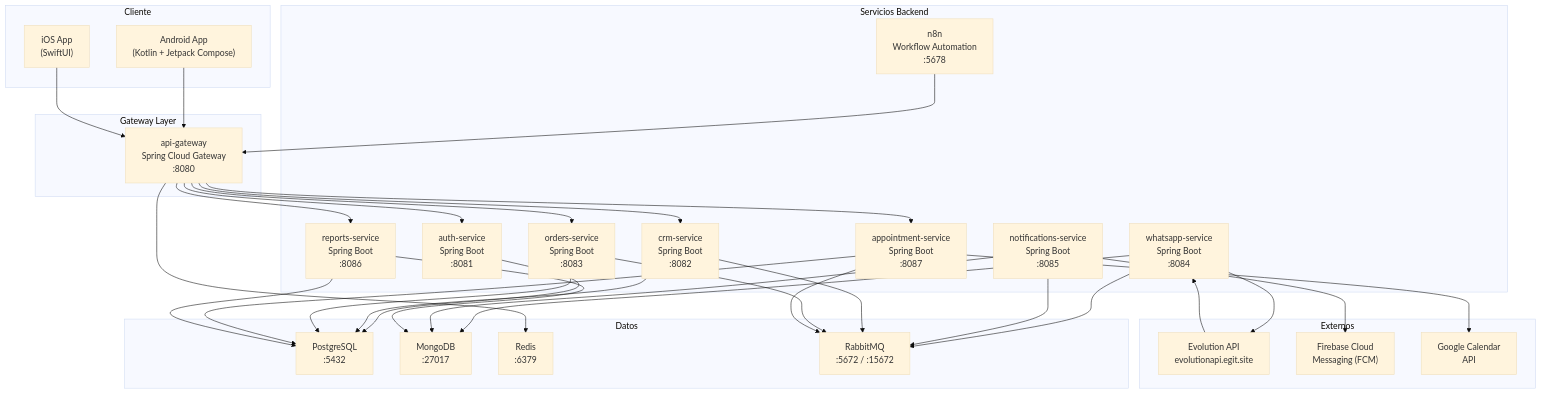
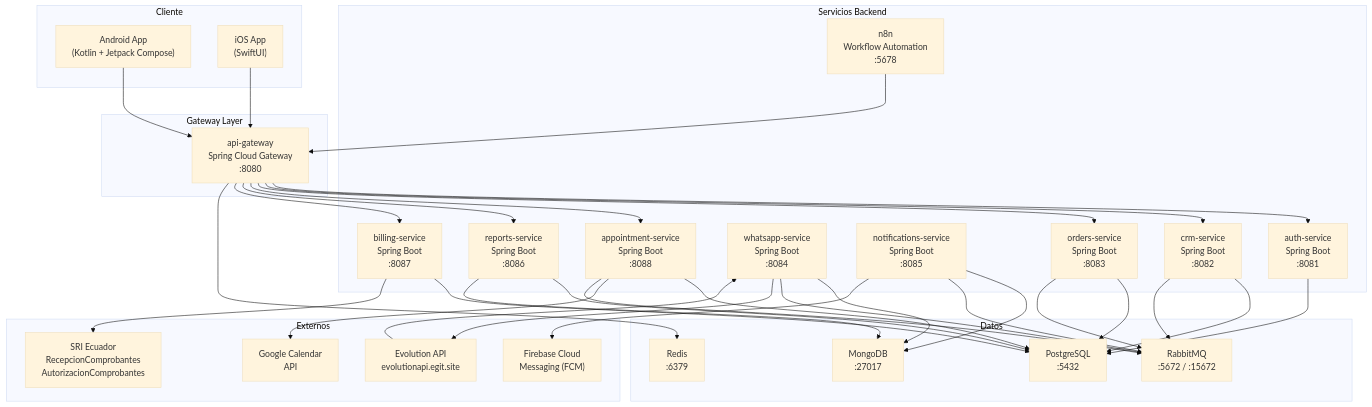
The second of 4 diagrams in Arquitectura/adr-002-arquitectura.md (egitiaec/autoflow-docs), drawn with Mermaid (base theme) before and after one commit. The commit also changed other lines of this file, not shown here.

Commit message:
feat: ADR-002 v2.3 — billing-service :8087, facturación SRI, N8N webhook, Epic 9+10

````diff
--- a/Arquitectura/adr-002-arquitectura.md
+++ b/Arquitectura/adr-002-arquitectura.md
@@ -648,62 +789,67 @@
 ```mermaid
 graph TB
     subgraph "Cliente"
         A_APP["Android App<br/>(Kotlin + Jetpack Compose)"]
         I_APP["iOS App<br/>(SwiftUI)"]
     end
 
     subgraph "Gateway Layer"
         GW["api-gateway<br/>Spring Cloud Gateway<br/>:8080"]
     end
 
     subgraph "Servicios Backend"
         AUTH_S["auth-service<br/>Spring Boot<br/>:8081"]
         CRM_S["crm-service<br/>Spring Boot<br/>:8082"]
         ORD_S["orders-service<br/>Spring Boot<br/>:8083"]
         WA_S["whatsapp-service<br/>Spring Boot<br/>:8084"]
         NOT_S["notifications-service<br/>Spring Boot<br/>:8085"]
         RPT_S["reports-service<br/>Spring Boot<br/>:8086"]
-        APPT_S["appointment-service<br/>Spring Boot<br/>:8087"]
+        APPT_S["appointment-service<br/>Spring Boot<br/>:8088"]
+        BILL_S["billing-service<br/>Spring Boot<br/>:8087"]
         N8N_S["n8n<br/>Workflow Automation<br/>:5678"]
     end
 
     subgraph "Externos"
         EVOL_API["Evolution API<br/>evolutionapi.egit.site"]
         FCM_SVC["Firebase Cloud<br/>Messaging (FCM)"]
         GCAL_SVC["Google Calendar<br/>API"]
+        SRI_WS["SRI Ecuador<br/>RecepcionComprobantes<br/>AutorizacionComprobantes"]
     end
 
     subgraph "Datos"
         PG_DB["PostgreSQL<br/>:5432"]
         MDB_DB["MongoDB<br/>:27017"]
         R_DB["Redis<br/>:6379"]
         RMQ_DB["RabbitMQ<br/>:5672 / :15672"]
     end
 
     A_APP --> GW
     I_APP --> GW
     GW --> AUTH_S
     GW --> CRM_S
     GW --> ORD_S
     GW --> APPT_S
     GW --> RPT_S
+    GW --> BILL_S
     AUTH_S --> PG_DB
     CRM_S --> PG_DB
     ORD_S --> PG_DB
     APPT_S --> PG_DB
     APPT_S --> GCAL_SVC
     WA_S --> MDB_DB
     WA_S --> RMQ_DB
     WA_S --> EVOL_API
     EVOL_API --> WA_S
     NOT_S --> MDB_DB
     NOT_S --> RMQ_DB
     NOT_S --> FCM_SVC
     RPT_S --> PG_DB
     RPT_S --> MDB_DB
+    BILL_S --> PG_DB
+    BILL_S --> SRI_WS
     GW --> R_DB
     N8N_S --> GW
     CRM_S --> RMQ_DB
     ORD_S --> RMQ_DB
     APPT_S --> RMQ_DB
 ```
````
